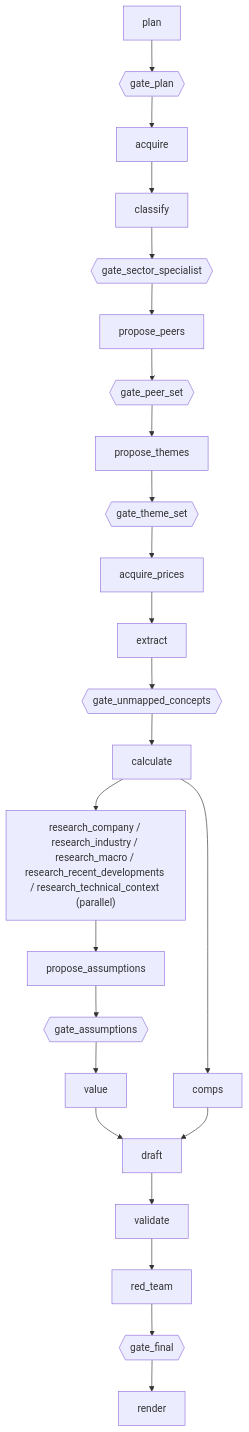
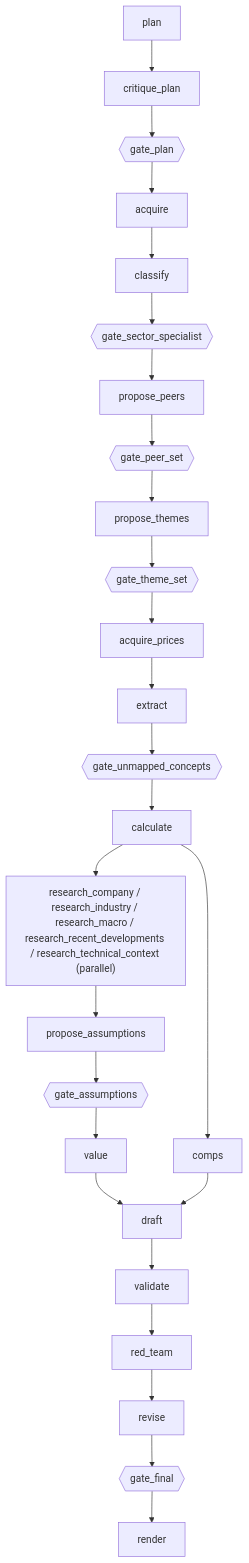
One commit to rzeminski16-cell/AgeanticInvestmentPlatform changed the first of 2 diagrams in docs/developers/knowledge-map.md. Above: the diagram before and after it, drawn with Mermaid. The commit also changed other lines of this file and 3 other files, not shown here.

First line of the commit message:
Harden retried critique/revise note recording, and orient the docs

````diff
--- a/docs/developers/knowledge-map.md
+++ b/docs/developers/knowledge-map.md
@@ -43,17 +47,17 @@
 ```mermaid
 flowchart TD
-    plan --> gate_plan{{gate_plan}}
+    plan --> critique_plan --> gate_plan{{gate_plan}}
     gate_plan --> acquire --> classify
     classify --> gate_sector_specialist{{gate_sector_specialist}}
     gate_sector_specialist --> propose_peers --> gate_peer_set{{gate_peer_set}}
     gate_peer_set --> propose_themes --> gate_theme_set{{gate_theme_set}}
     gate_theme_set --> acquire_prices --> extract
     extract --> gate_unmapped_concepts{{gate_unmapped_concepts}}
     gate_unmapped_concepts --> calculate
     calculate --> research["research_company / research_industry / research_macro / research_recent_developments / research_technical_context (parallel)"]
     calculate --> comps
     research --> propose_assumptions --> gate_assumptions{{gate_assumptions}}
     gate_assumptions --> value --> draft
     comps --> draft
-    draft --> validate --> red_team --> gate_final{{gate_final}} --> render
+    draft --> validate --> red_team --> revise --> gate_final{{gate_final}} --> render
 ```
````
